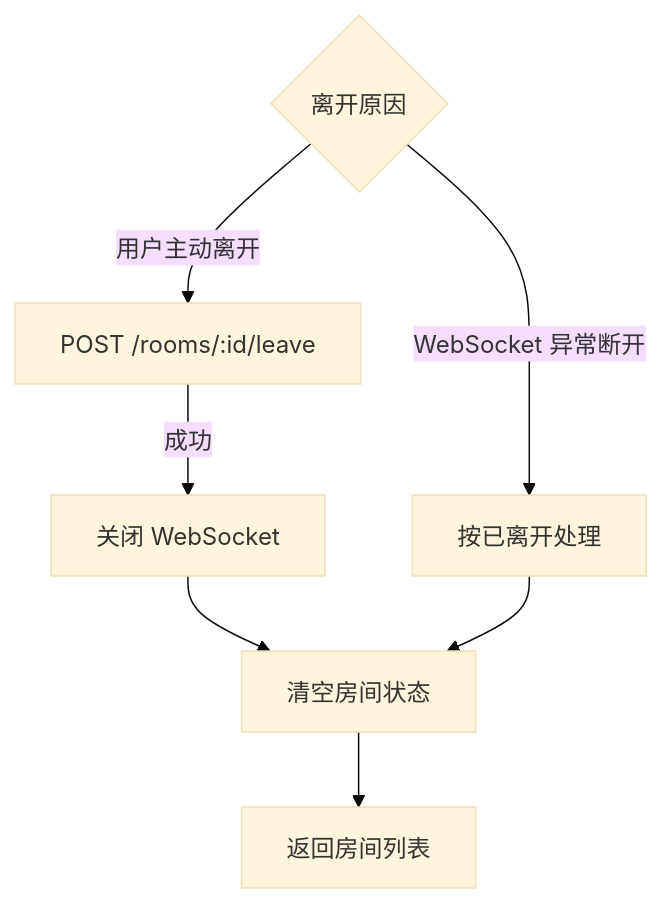
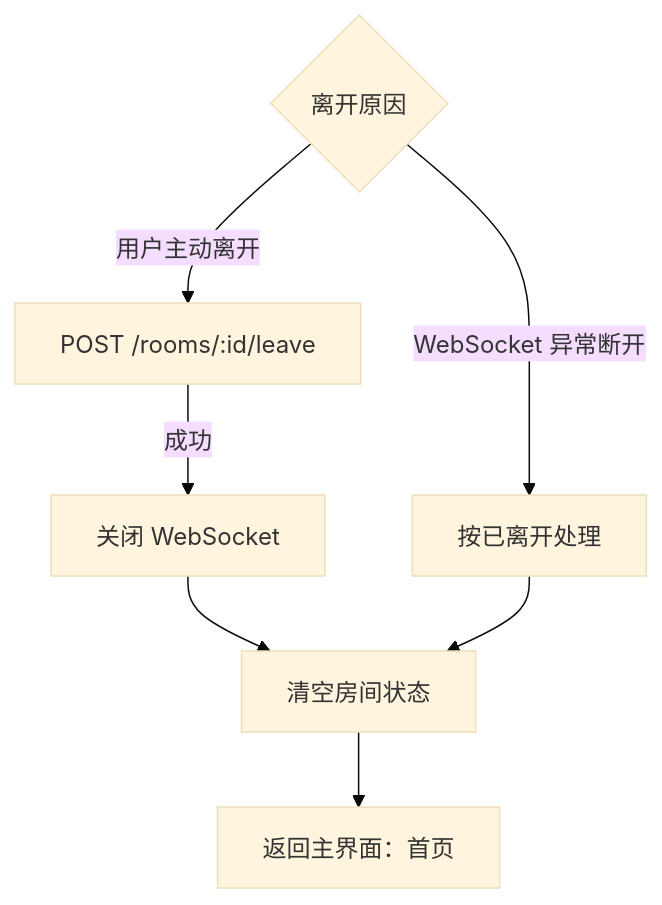
The eighth of 10 diagrams in docs/客户端逻辑设计.md (DancingCodes/room-app), drawn with Mermaid (base theme) before and after one commit. The commit also changed other lines of this file and 3 other files, not shown here.

````diff
--- a/docs/客户端逻辑设计.md
+++ b/docs/客户端逻辑设计.md
@@ -118,10 +131,10 @@
 ```mermaid
 flowchart TD
     A{离开原因} -- 用户主动离开 --> B[POST /rooms/:id/leave]
     B -- 成功 --> C[关闭 WebSocket]
     C --> D[清空房间状态]
-    D --> E[返回房间列表]
+    D --> E[返回主界面：首页]
 
     A -- WebSocket 异常断开 --> F[按已离开处理]
     F --> D
 ```
````
